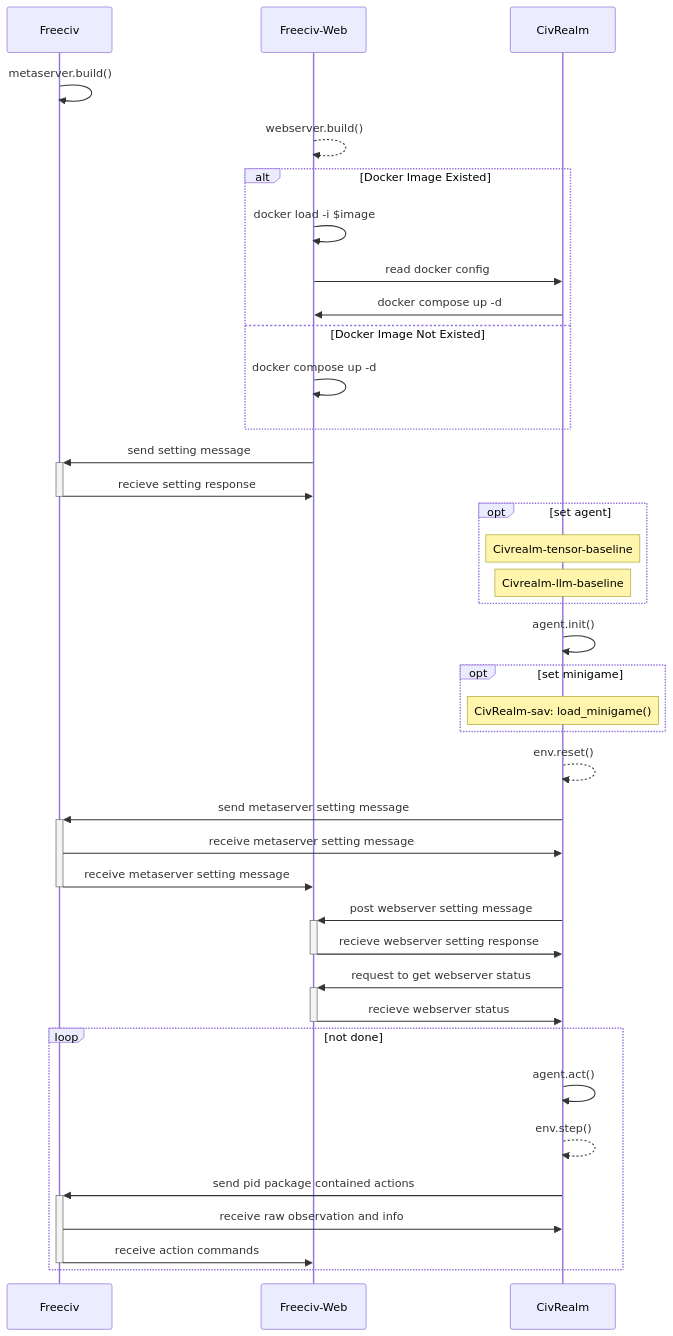
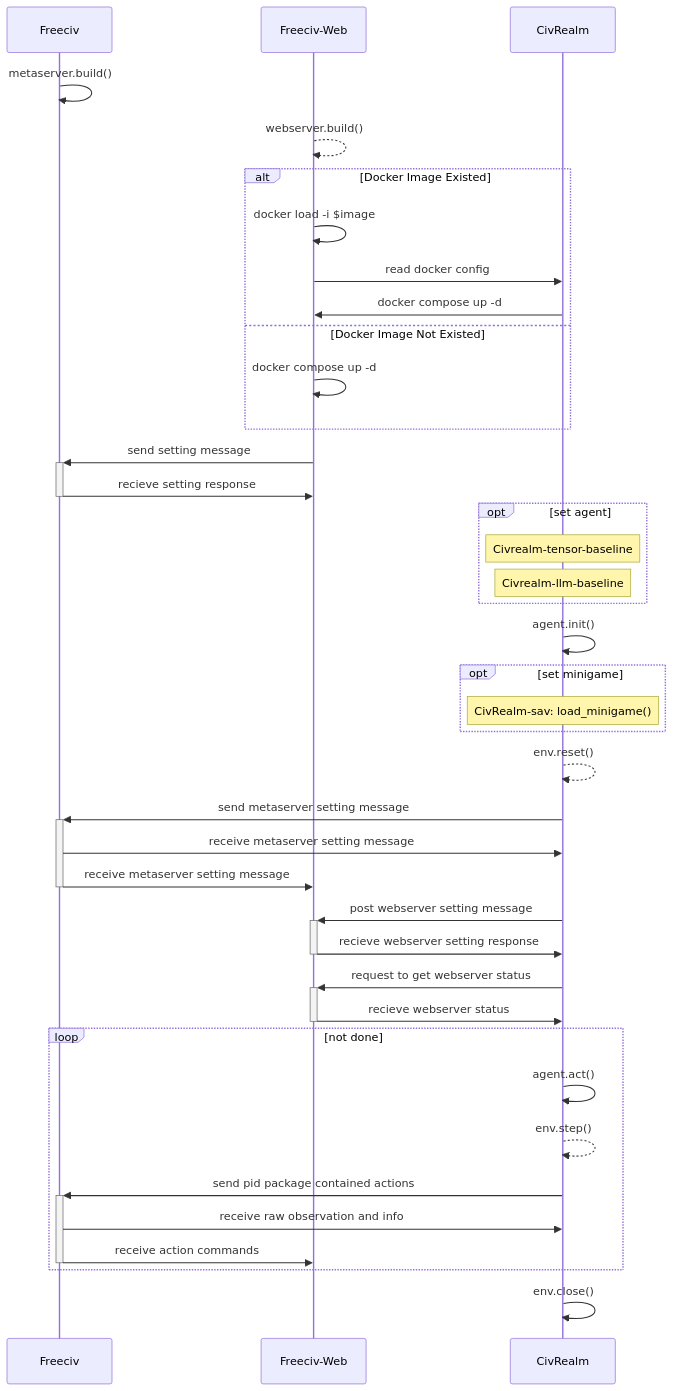
Before and after one commit to fdrocha/forecastbench-sim: the diagram in docs/index.md, drawn with Mermaid.

Commit message:
improve relation frame draft

````diff
--- a/docs/index.md
+++ b/docs/index.md
@@ -10,38 +10,39 @@
 ```mermaid
 sequenceDiagram
     Freeciv ->> Freeciv : metaserver.build()
     Freeciv-Web -->> Freeciv-Web : webserver.build()
     alt Docker Image Existed
         Freeciv-Web->>Freeciv-Web: docker load -i $image
         Freeciv-Web ->> CivRealm : read docker config
         CivRealm ->> Freeciv-Web : docker compose up -d
     else Docker Image Not Existed
         Freeciv-Web->>Freeciv-Web: docker compose up -d
     end
     Freeciv-Web ->> + Freeciv : send setting message
     Freeciv ->> - Freeciv-Web : recieve setting response
     opt set agent
         Note over CivRealm : Civrealm-tensor-baseline
         Note over CivRealm : Civrealm-llm-baseline
     end
     CivRealm ->> CivRealm : agent.init()
     opt set minigame
         Note over CivRealm : CivRealm-sav: load_minigame()
     end
     CivRealm -->> CivRealm : env.reset()
         CivRealm ->> + Freeciv : send metaserver setting message
         Freeciv ->>  CivRealm : receive metaserver setting message
         Freeciv ->> - Freeciv-Web : receive metaserver setting message
         CivRealm ->> + Freeciv-Web : post webserver setting message
         Freeciv-Web ->> - CivRealm : recieve webserver setting response
         CivRealm ->> + Freeciv-Web : request to get webserver status
         Freeciv-Web ->> - CivRealm : recieve webserver status
     loop not done
         CivRealm ->> CivRealm : agent.act()
         CivRealm -->> CivRealm : env.step()
         CivRealm ->> + Freeciv : send pid package contained actions
         Freeciv ->>   CivRealm : receive raw observation and info
         Freeciv ->> - Freeciv-Web : receive action commands
     end
-    
+    CivRealm ->> CivRealm : env.close()
+
 ```
````
